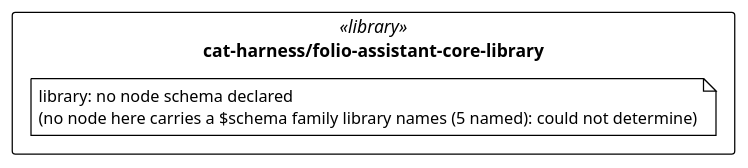
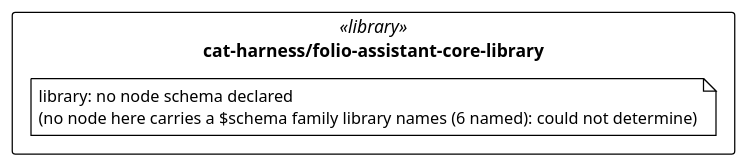
Before and after one commit to litlfred/folio-assistant: the diagram in cat-harness/uml/overview/cat-harness/folio-assistant-core-library.puml, drawn with PlantUML. The commit also changed 47 other files, not shown here.

```diff
--- a/cat-harness/uml/overview/cat-harness/folio-assistant-core-library.puml
+++ b/cat-harness/uml/overview/cat-harness/folio-assistant-core-library.puml
@@ -3,13 +3,13 @@
 @startuml cat_harness_folio_assistant_core_library
 !pragma layout elk
 !theme plain
 skinparam classAttributeIconSize 0
 skinparam shadowing false
 skinparam packageStyle rectangle
 hide empty methods
 
 package "cat-harness/folio-assistant-core-library" as pkg_cat_harness_folio_assistant_core_library <<library>> {
-  note "library: no node schema declared\n(no node here carries a $schema family library names (5 named): could not determine)" as n_cat_harness_folio_assistant_core_library_library
+  note "library: no node schema declared\n(no node here carries a $schema family library names (6 named): could not determine)" as n_cat_harness_folio_assistant_core_library_library
 }
 
 @enduml
```
